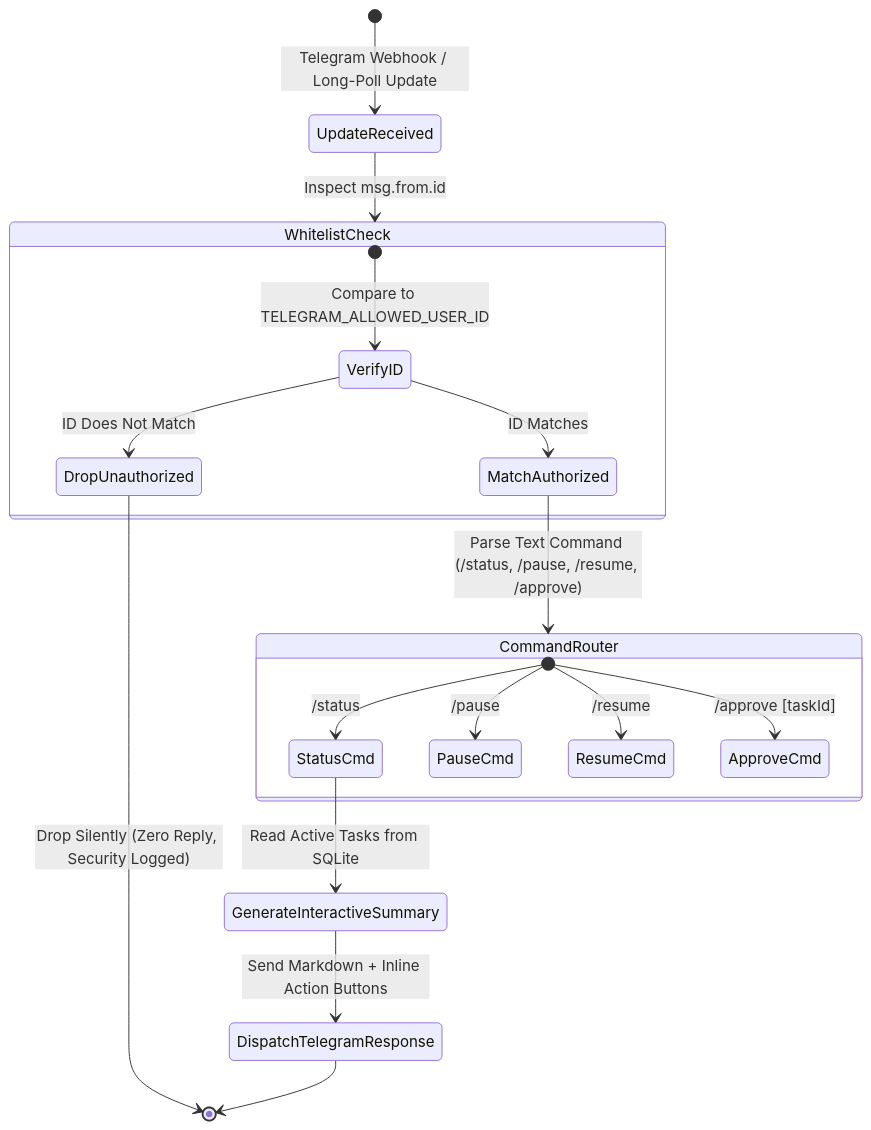
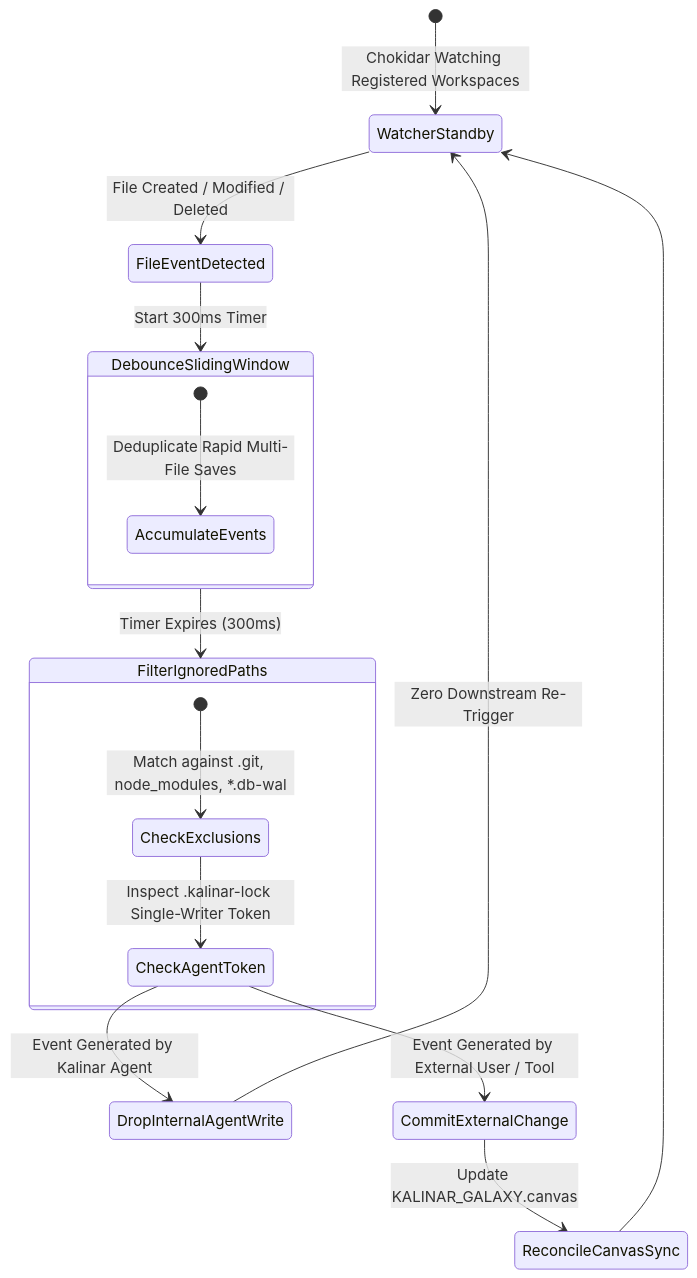
One commit to code-thiago/kalinar-agent-galaxy-os changed the fourth of 4 diagrams in .antigravity/blueprint/03_APP_FLOW.md. Above: the diagram before and after it, drawn with Mermaid. The commit also changed other lines of this file and 10 other files, not shown here.

Commit message:
fix(blueprint): align trd/app-flow with electron 3d galaxy os and unlock build gate [v0.0.1-blueprint]

````diff
--- a/.antigravity/blueprint/03_APP_FLOW.md
+++ b/.antigravity/blueprint/03_APP_FLOW.md
@@ -97,25 +136,25 @@
 ```mermaid
 stateDiagram-v2
-    [*] --> UpdateReceived: Telegram Webhook / Long-Poll Update
-    UpdateReceived --> WhitelistCheck: Inspect msg.from.id
+    [*] --> WatcherStandby: Chokidar Watching Registered Workspaces
     
-    state WhitelistCheck {
-        [*] --> VerifyID: Compare to TELEGRAM_ALLOWED_USER_ID
-        VerifyID --> MatchAuthorized: ID Matches
-        VerifyID --> DropUnauthorized: ID Does Not Match
+    WatcherStandby --> FileEventDetected: File Created / Modified / Deleted
+    FileEventDetected --> DebounceSlidingWindow: Start 300ms Timer
+    
+    state DebounceSlidingWindow {
+        [*] --> AccumulateEvents: Deduplicate Rapid Multi-File Saves
     }
 
-    DropUnauthorized --> [*]: Drop Silently (Zero Reply, Security Logged)
-    MatchAuthorized --> CommandRouter: Parse Text Command (/status, /pause, /resume, /approve)
+    DebounceSlidingWindow --> FilterIgnoredPaths: Timer Expires (300ms)
     
-    state CommandRouter {
-        [*] --> StatusCmd: /status
-        [*] --> PauseCmd: /pause
-        [*] --> ResumeCmd: /resume
-        [*] --> ApproveCmd: /approve [taskId]
+    state FilterIgnoredPaths {
+        [*] --> CheckExclusions: Match against .git, node_modules, *.db-wal
+        CheckExclusions --> CheckAgentToken: Inspect .kalinar-lock Single-Writer Token
     }
 
-    StatusCmd --> GenerateInteractiveSummary: Read Active Tasks from SQLite
-    GenerateInteractiveSummary --> DispatchTelegramResponse: Send Markdown + Inline Action Buttons
-    DispatchTelegramResponse --> [*]
+    CheckAgentToken --> DropInternalAgentWrite: Event Generated by Kalinar Agent
+    DropInternalAgentWrite --> WatcherStandby: Zero Downstream Re-Trigger
+
+    CheckAgentToken --> CommitExternalChange: Event Generated by External User / Tool
+    CommitExternalChange --> ReconcileCanvasSync: Update KALINAR_GALAXY.canvas
+    ReconcileCanvasSync --> WatcherStandby
 ```
````
